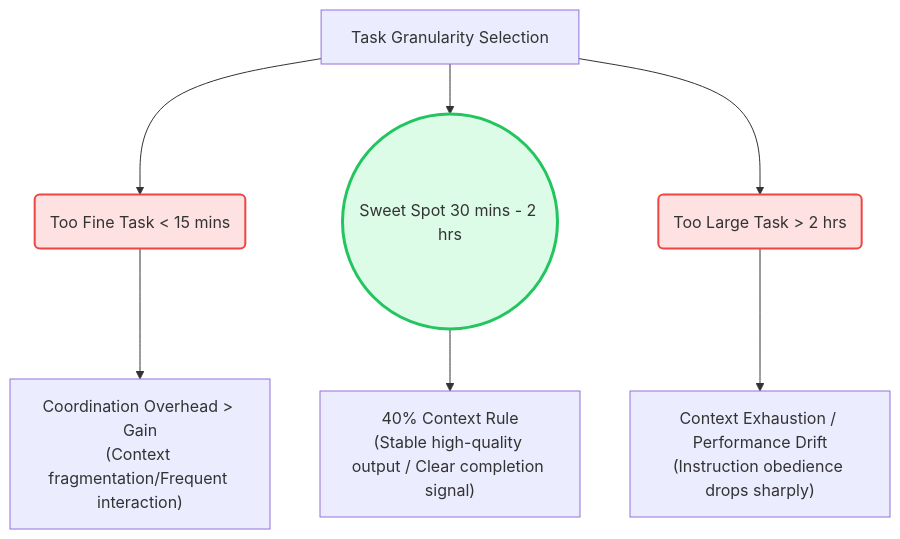
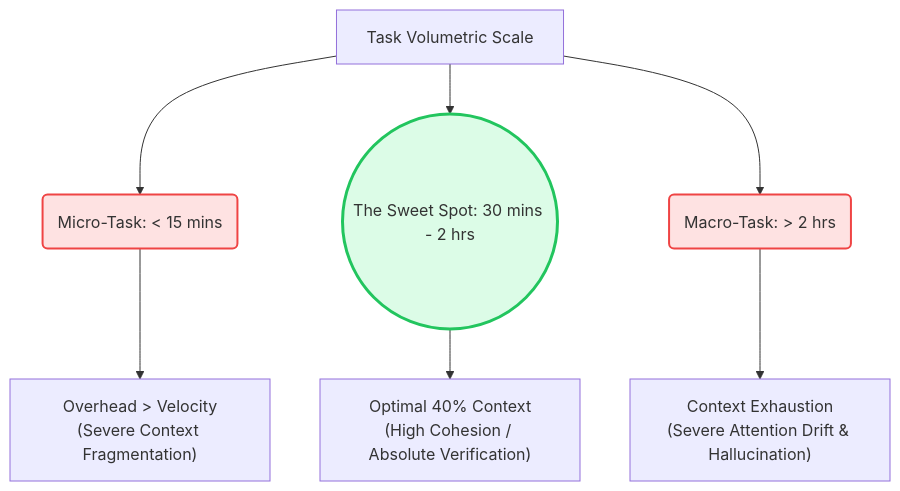
One commit to ruanqizhen/cocode changed the second of 4 diagrams in i18n/en/docusaurus-plugin-content-docs/current/planning.md. Above: the diagram before and after it, drawn with Mermaid. The commit also changed other lines of this file and 41 other files, not shown here.

````diff
--- a/i18n/en/docusaurus-plugin-content-docs/current/planning.md
+++ b/i18n/en/docusaurus-plugin-content-docs/current/planning.md
@@ -81,14 +84,14 @@
 ```mermaid
 graph TD
-    A[Task Granularity Selection] --> B(Too Fine Task < 15 mins)
-    A --> C((Sweet Spot 30 mins - 2 hrs))
-    A --> D(Too Large Task > 2 hrs)
+    A[Task Volumetric Scale] --> B(Micro-Task: < 15 mins)
+    A --> C((The Sweet Spot: 30 mins - 2 hrs))
+    A --> D(Macro-Task: > 2 hrs)
     
-    B --> B1["Coordination Overhead > Gain<br/>(Context fragmentation/Frequent interaction)"]
-    C --> C1["40% Context Rule<br/>(Stable high-quality output / Clear completion signal)"]
-    D --> D1["Context Exhaustion / Performance Drift<br/>(Instruction obedience drops sharply)"]
+    B --> B1["Overhead > Velocity<br/>(Severe Context Fragmentation)"]
+    C --> C1["Optimal 40% Context<br/>(High Cohesion / Absolute Verification)"]
+    D --> D1["Context Exhaustion<br/>(Severe Attention Drift & Hallucination)"]
 
     style B fill:#fee2e2,stroke:#ef4444,stroke-width:2px
     style C fill:#dcfce7,stroke:#22c55e,stroke-width:3px
     style D fill:#fee2e2,stroke:#ef4444,stroke-width:2px
 ```
````
